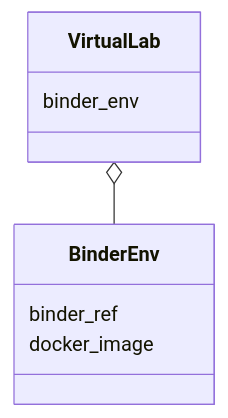
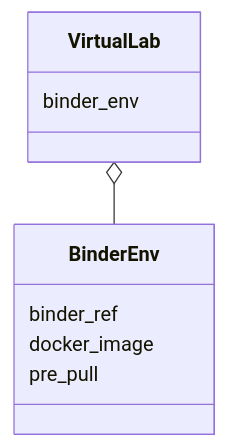
Before and after one commit to NaaVRE/NaaVRE-architecture: the diagram in diagrams/binder_lifecycle/class-catalogue.mermaid, drawn with Mermaid. The commit also changed 1 other file, not shown here.

Commit message:
update binder lifecycle sequence diagrams

```diff
--- a/diagrams/binder_lifecycle/class-catalogue.mermaid
+++ b/diagrams/binder_lifecycle/class-catalogue.mermaid
@@ -1,9 +1,10 @@
 classDiagram
     VirtualLab o-- BinderEnv
     class VirtualLab {
         binder_env
     }
     class BinderEnv {
         binder_ref
         docker_image
+        pre_pull
     }
```
